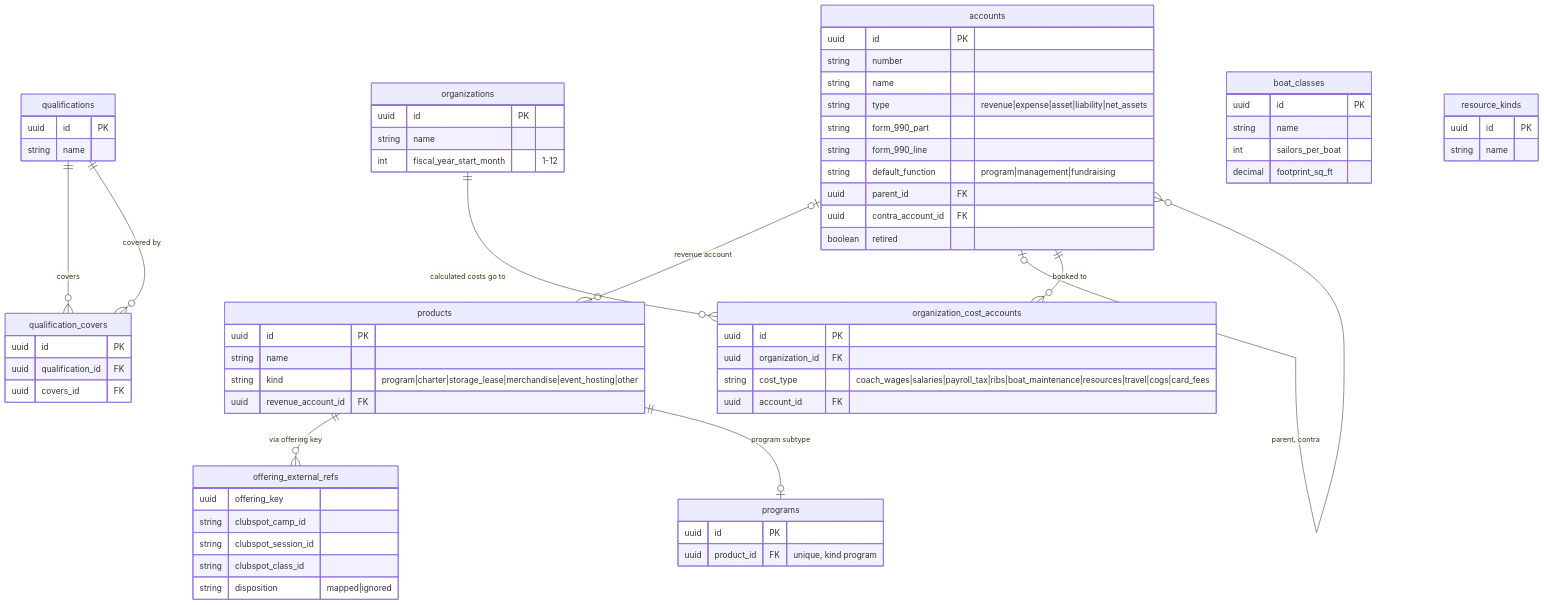
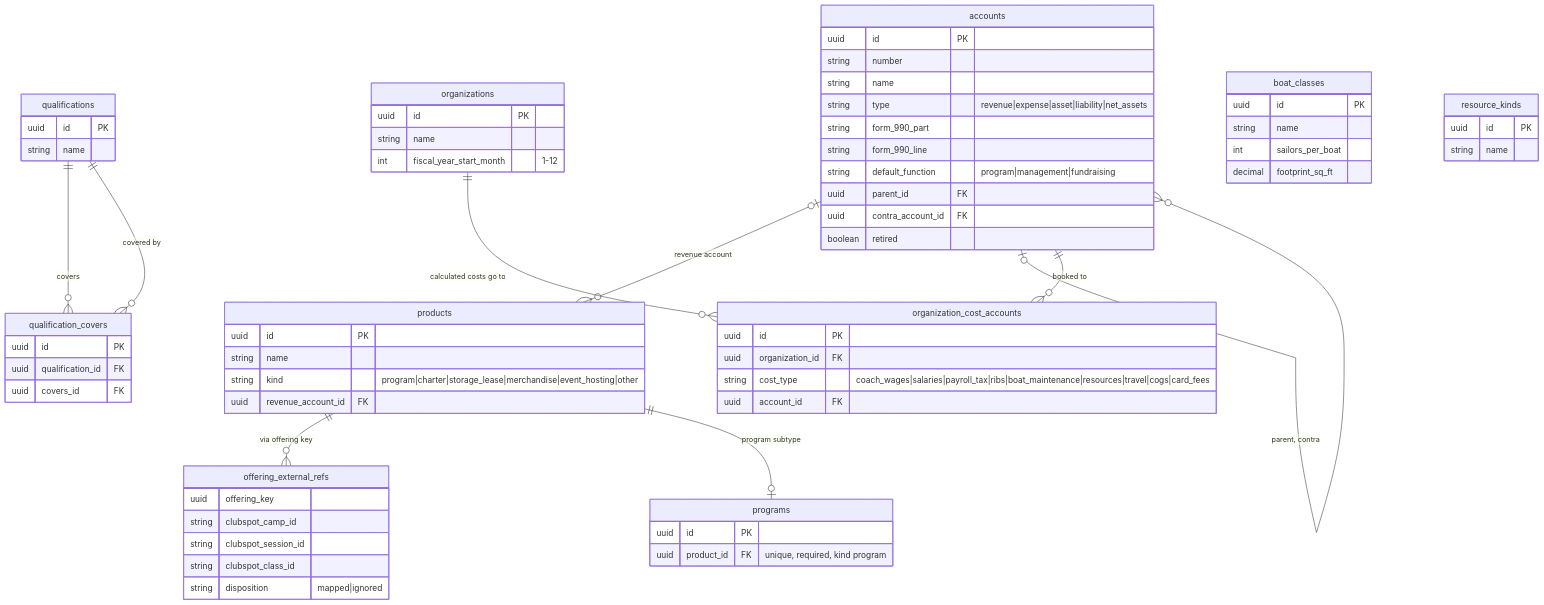
Before and after one commit to cyc-seattle/platform: the first of 5 diagrams in docs/planning-schema.md, drawn with Mermaid. The commit also changed 13 other files, not shown here.

First line of the commit message:
feat(backend): require each program's product, and drop programs.revenue_account (#63)

````diff
--- a/docs/planning-schema.md
+++ b/docs/planning-schema.md
@@ -37,71 +37,71 @@
 ```mermaid
 erDiagram
     products ||--o{ offering_external_refs : "via offering key"
     accounts |o--o{ products : "revenue account"
     qualifications ||--o{ qualification_covers : covers
     qualifications ||--o{ qualification_covers : "covered by"
     accounts |o--o{ accounts : "parent, contra"
     products ||--o| programs : "program subtype"
     organizations ||--o{ organization_cost_accounts : "calculated costs go to"
     accounts ||--o{ organization_cost_accounts : "booked to"
 
     products {
         uuid id PK
         string name
         string kind "program|charter|storage_lease|merchandise|event_hosting|other"
         uuid revenue_account_id FK
     }
     accounts {
         uuid id PK
         string number
         string name
         string type "revenue|expense|asset|liability|net_assets"
         string form_990_part
         string form_990_line
         string default_function "program|management|fundraising"
         uuid parent_id FK
         uuid contra_account_id FK
         boolean retired
     }
     qualifications {
         uuid id PK
         string name
     }
     programs {
         uuid id PK
-        uuid product_id FK "unique, kind program"
+        uuid product_id FK "unique, required, kind program"
     }
     organizations {
         uuid id PK
         string name
         int fiscal_year_start_month "1-12"
     }
     qualification_covers {
         uuid id PK
         uuid qualification_id FK
         uuid covers_id FK
     }
     boat_classes {
         uuid id PK
         string name
         int sailors_per_boat
         decimal footprint_sq_ft
     }
     resource_kinds {
         uuid id PK
         string name
     }
     organization_cost_accounts {
         uuid id PK
         uuid organization_id FK
         string cost_type "coach_wages|salaries|payroll_tax|ribs|boat_maintenance|resources|travel|cogs|card_fees"
         uuid account_id FK
     }
     offering_external_refs {
         uuid offering_key
         string clubspot_camp_id
         string clubspot_session_id
         string clubspot_class_id
         string disposition "mapped|ignored"
     }
 ```
````
